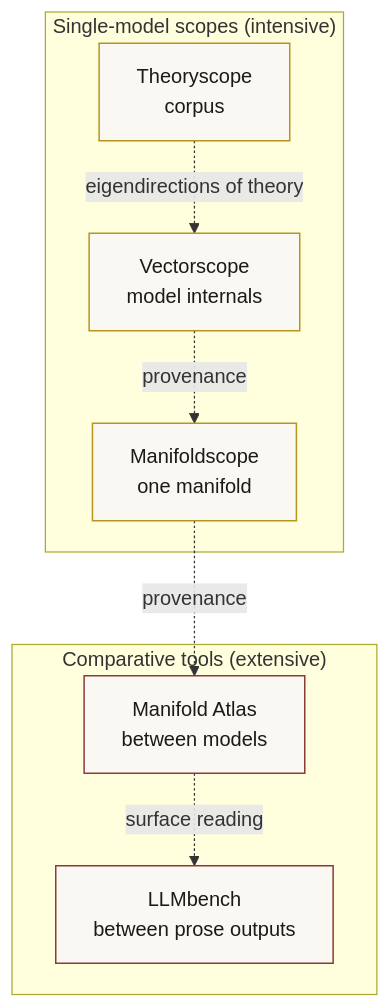
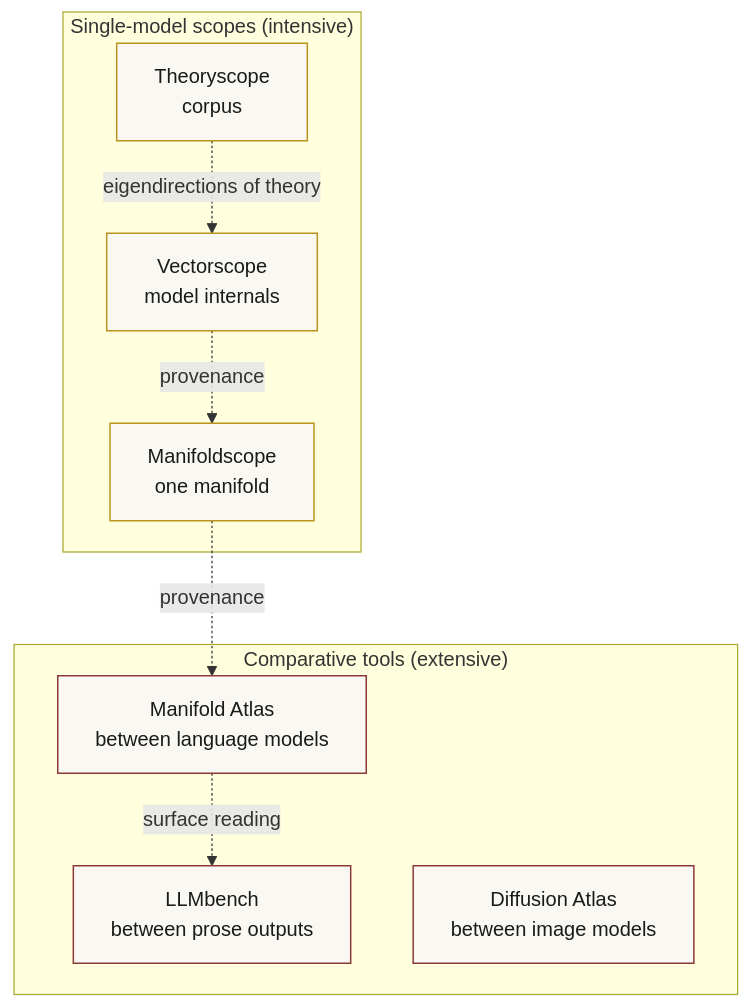
The diagram in index.md (vector-lab-tools/vector-lab-tools.github.io), drawn with Mermaid before and after one commit. The commit also changed other lines of this file and 4 other files, not shown here.

First line of the commit message:
Add Diffusion Atlas as third comparative tool

```diff
--- a/index.md
+++ b/index.md
@@ -28,23 +28,24 @@
 <div class="mermaid">
 graph TB
   subgraph scopes["Single-model scopes (intensive)"]
     T["Theoryscope\ncorpus"]
     V["Vectorscope\nmodel internals"]
     M["Manifoldscope\none manifold"]
   end
 
   subgraph comparative["Comparative tools (extensive)"]
-    A["Manifold Atlas\nbetween models"]
+    A["Manifold Atlas\nbetween language models"]
     L["LLMbench\nbetween prose outputs"]
+    D["Diffusion Atlas\nbetween image models"]
   end
 
   V -.provenance.-> M
   M -.provenance.-> A
   A -.surface reading.-> L
   T -.eigendirections of theory.-> V
 
   classDef scope fill:#faf8f2,stroke:#b8941e,color:#1a1a1a,stroke-width:1.2px;
   classDef comp fill:#faf8f2,stroke:#8b3a3a,color:#1a1a1a,stroke-width:1.2px;
   class T,V,M scope;
-  class A,L comp;
+  class A,L,D comp;
 </div>
```
